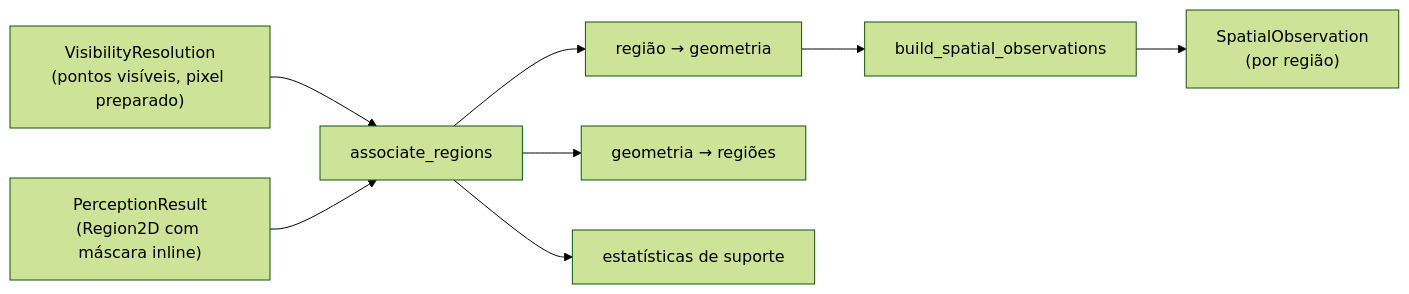
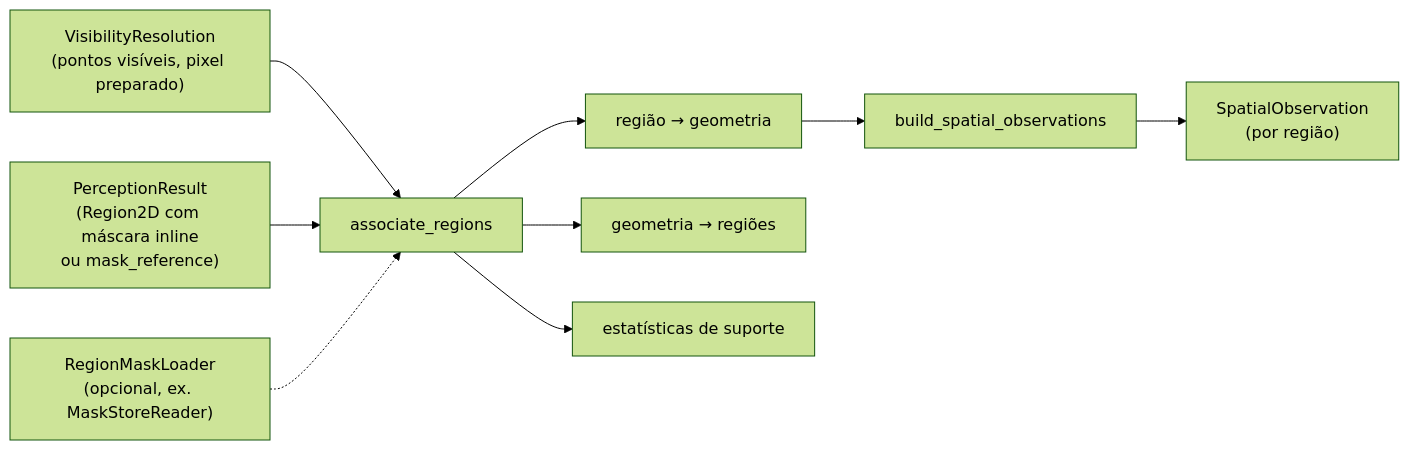
Before and after one commit to Alexandre-Tortoza/contextmap2: the diagram in src/contextmap/sensor_association/docs/membership.md, drawn with Mermaid (forest theme). The commit also changed other lines of this file and 15 other files, not shown here.

````diff
--- a/src/contextmap/sensor_association/docs/membership.md
+++ b/src/contextmap/sensor_association/docs/membership.md
@@ -7,10 +7,11 @@
 ```mermaid
 flowchart LR
     V["VisibilityResolution<br/>(pontos visíveis, pixel preparado)"] --> M["associate_regions"]
-    R["PerceptionResult<br/>(Region2D com máscara inline)"] --> M
+    R["PerceptionResult<br/>(Region2D com máscara inline<br/>ou mask_reference)"] --> M
+    L["RegionMaskLoader<br/>(opcional, ex. MaskStoreReader)"] -.-> M
     M --> I1["região → geometria"]
     M --> I2["geometria → regiões"]
     M --> S["estatísticas de suporte"]
     I1 --> O["build_spatial_observations"]
     O --> SO["SpatialObservation<br/>(por região)"]
 ```
````
